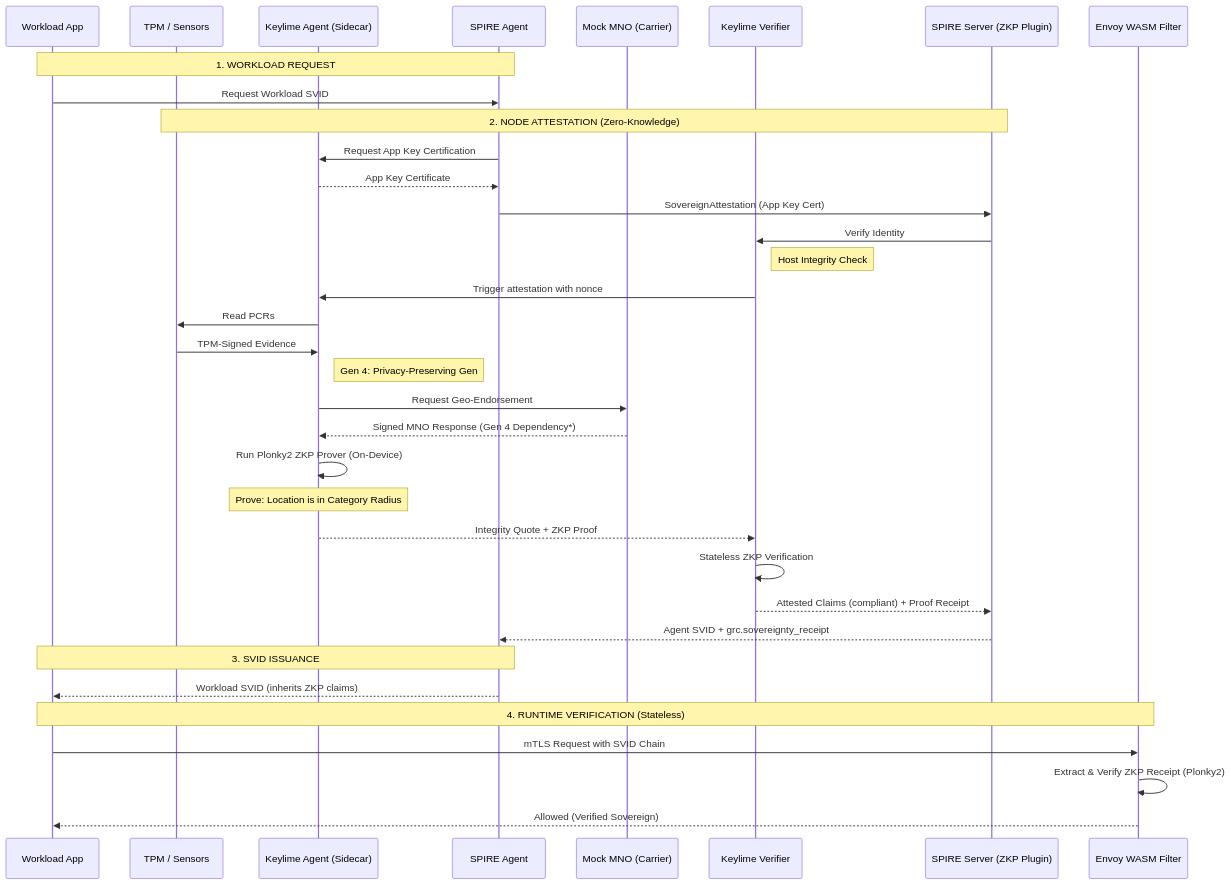
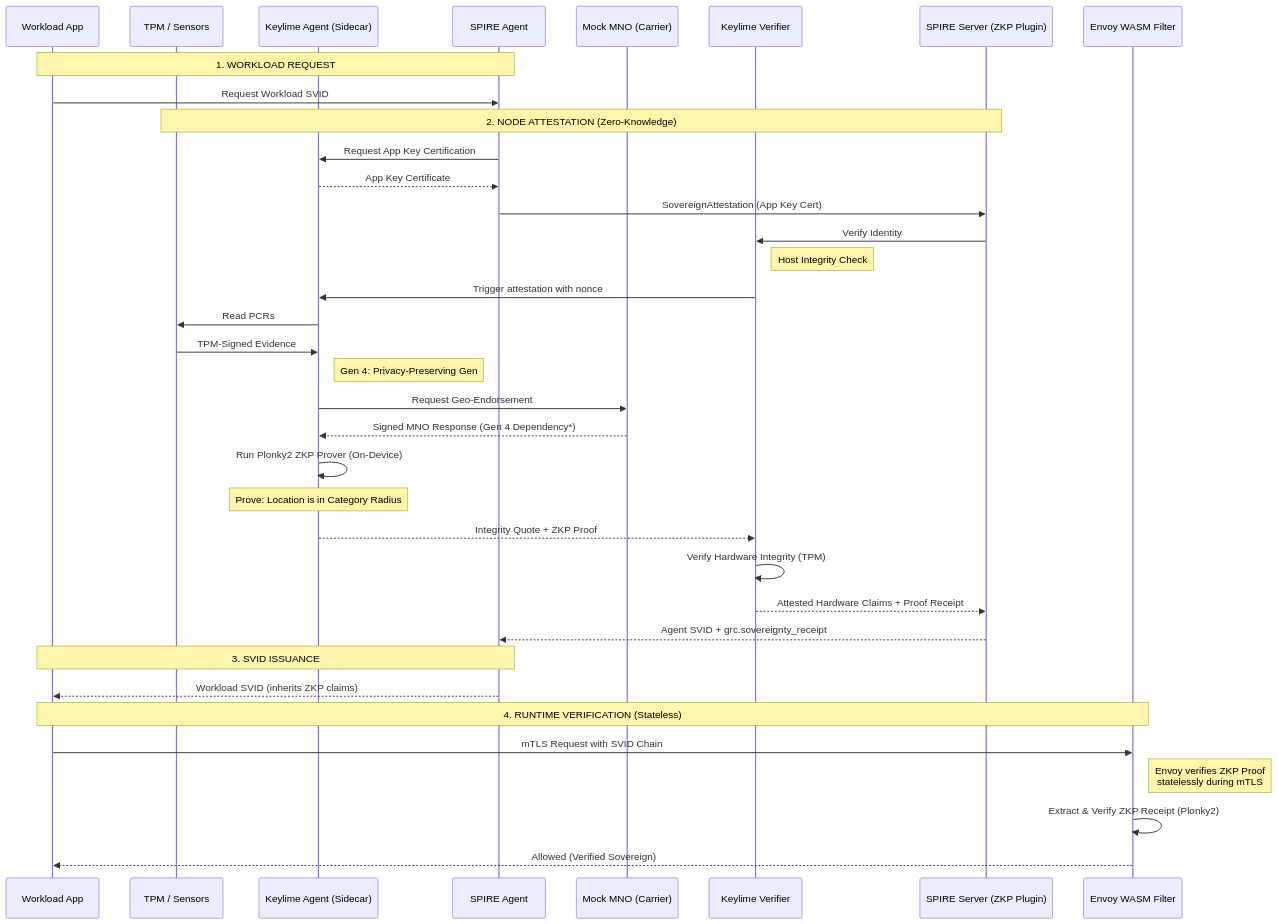
One commit to lfedgeai/AegisSovereignAI changed the first of 3 diagrams in hybrid-cloud-poc/README-arch-sovereign-unified-identity.md. Above: the diagram before and after it, drawn with Mermaid. The commit also changed other lines of this file and 1 other file, not shown here.

First line of the commit message:
docs: ensure architectural consistency with PoC implementation status

````diff
--- a/hybrid-cloud-poc/README-arch-sovereign-unified-identity.md
+++ b/hybrid-cloud-poc/README-arch-sovereign-unified-identity.md
@@ -1816,46 +1824,47 @@
 ```mermaid
 sequenceDiagram
     participant Workload as Workload App
     participant Hardware as TPM / Sensors
     participant KAgent as Keylime Agent (Sidecar)
     participant Agent as SPIRE Agent
     participant MNO as Mock MNO (Carrier)
     participant Verifier as Keylime Verifier
     participant Server as SPIRE Server (ZKP Plugin)
     participant Envoy as Envoy WASM Filter
 
     Note over Workload, Agent: 1. WORKLOAD REQUEST
     Workload->>Agent: Request Workload SVID
     
     Note over Hardware, Server: 2. NODE ATTESTATION (Zero-Knowledge)
     Agent->>KAgent: Request App Key Certification
     KAgent-->>Agent: App Key Certificate
     Agent->>Server: SovereignAttestation (App Key Cert)
     Server->>Verifier: Verify Identity
     
     Note right of Verifier: Host Integrity Check
     Verifier->>KAgent: Trigger attestation with nonce
     KAgent->>Hardware: Read PCRs
     Hardware->>KAgent: TPM-Signed Evidence
     
     Note right of KAgent: Gen 4: Privacy-Preserving Gen
     KAgent->>MNO: Request Geo-Endorsement
     MNO-->>KAgent: Signed MNO Response (Gen 4 Dependency*)
     KAgent->>KAgent: Run Plonky2 ZKP Prover (On-Device)
     Note over KAgent: Prove: Location is in Category Radius
     
     KAgent-->>Verifier: Integrity Quote + ZKP Proof
-    Verifier->>Verifier: Stateless ZKP Verification
+    Verifier->>Verifier: Verify Hardware Integrity (TPM)
     
-    Verifier-->>Server: Attested Claims (compliant) + Proof Receipt
+    Verifier-->>Server: Attested Hardware Claims + Proof Receipt
     
     Server-->>Agent: Agent SVID + grc.sovereignty_receipt
     
     Note over Workload, Agent: 3. SVID ISSUANCE
     Agent-->>Workload: Workload SVID (inherits ZKP claims)
     
     Note over Workload, Envoy: 4. RUNTIME VERIFICATION (Stateless)
     Workload->>Envoy: mTLS Request with SVID Chain
+    Note right of Envoy: Envoy verifies ZKP Proof<br/>statelessly during mTLS
     Envoy->>Envoy: Extract & Verify ZKP Receipt (Plonky2)
     Envoy-->>Workload: Allowed (Verified Sovereign)
 ```
````
